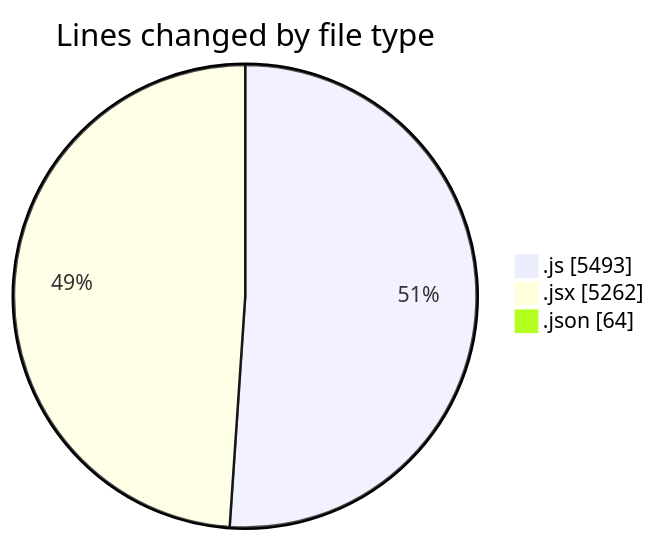
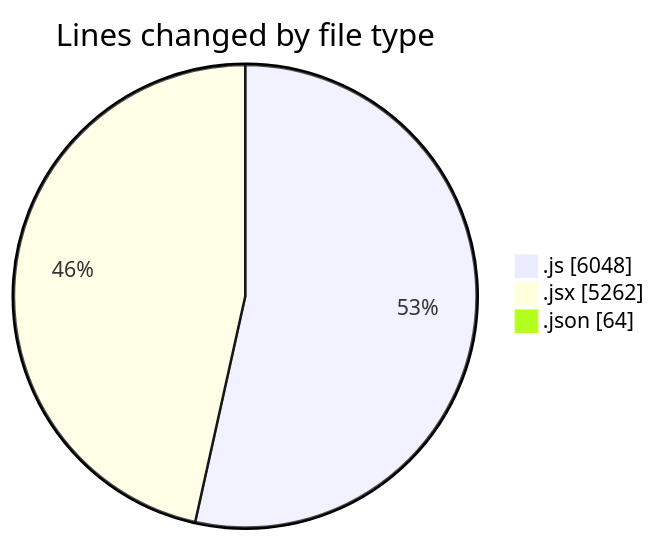
The first of 2 diagrams in 2025-08-07/nxtqube_webapp/README.md (nxtqubesakshisongat/code-tracking), drawn with Mermaid before and after one commit. The commit also changed other lines of this file and 1 other file, not shown here.

````diff
--- a/2025-08-07/nxtqube_webapp/README.md
+++ b/2025-08-07/nxtqube_webapp/README.md
@@ -25,7 +25,7 @@
 ```mermaid
 pie showData
 title Lines changed by file type
-".js" : 5493
+".js" : 6048
 ".jsx" : 5262
 ".json" : 64
 ```
````
